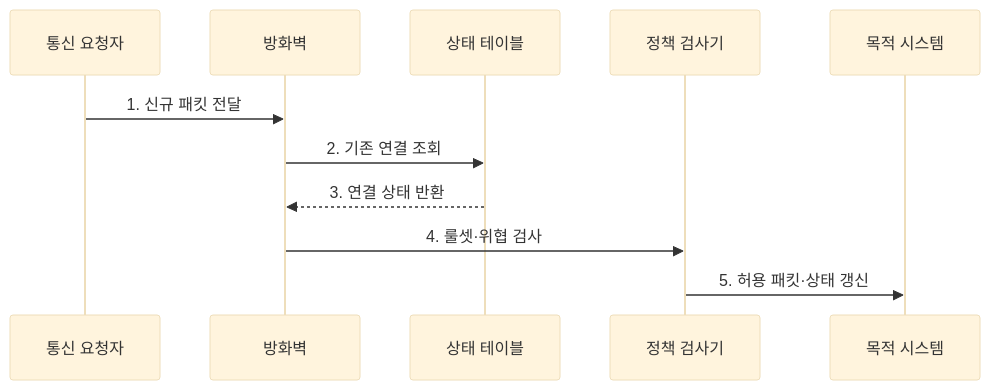
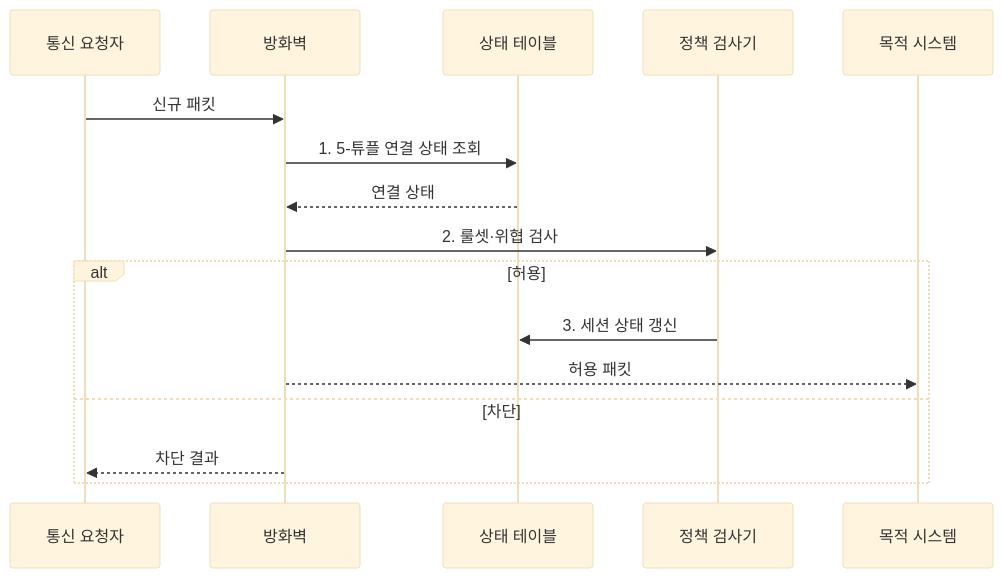
One commit to agnusdei1207/knowledge-base changed the second of 2 diagrams in src/content/docs/notes/05-security/021_firewall.md. Above: the diagram before and after it, drawn with Mermaid (base theme). The commit also changed other lines of this file and 20 other files, not shown here.

````diff
--- a/src/content/docs/notes/05-security/021_firewall.md
+++ b/src/content/docs/notes/05-security/021_firewall.md
@@ -81,13 +80,18 @@
 ```mermaid
 sequenceDiagram
     participant C as 통신 요청자
     participant F as 방화벽
     participant S as 상태 테이블
     participant P as 정책 검사기
     participant T as 목적 시스템
-    C->>F: 1. 신규 패킷 전달
-    F->>S: 2. 기존 연결 조회
-    S-->>F: 3. 연결 상태 반환
-    F->>P: 4. 룰셋·위협 검사
-    P->>T: 5. 허용 패킷·상태 갱신
+    C->>F: 신규 패킷
+    F->>S: 1. 5-튜플 연결 상태 조회
+    S-->>F: 연결 상태
+    F->>P: 2. 룰셋·위협 검사
+    alt 허용
+        P->>S: 3. 세션 상태 갱신
+        F-->>T: 허용 패킷
+    else 차단
+        F-->>C: 차단 결과
+    end
 ```
````
